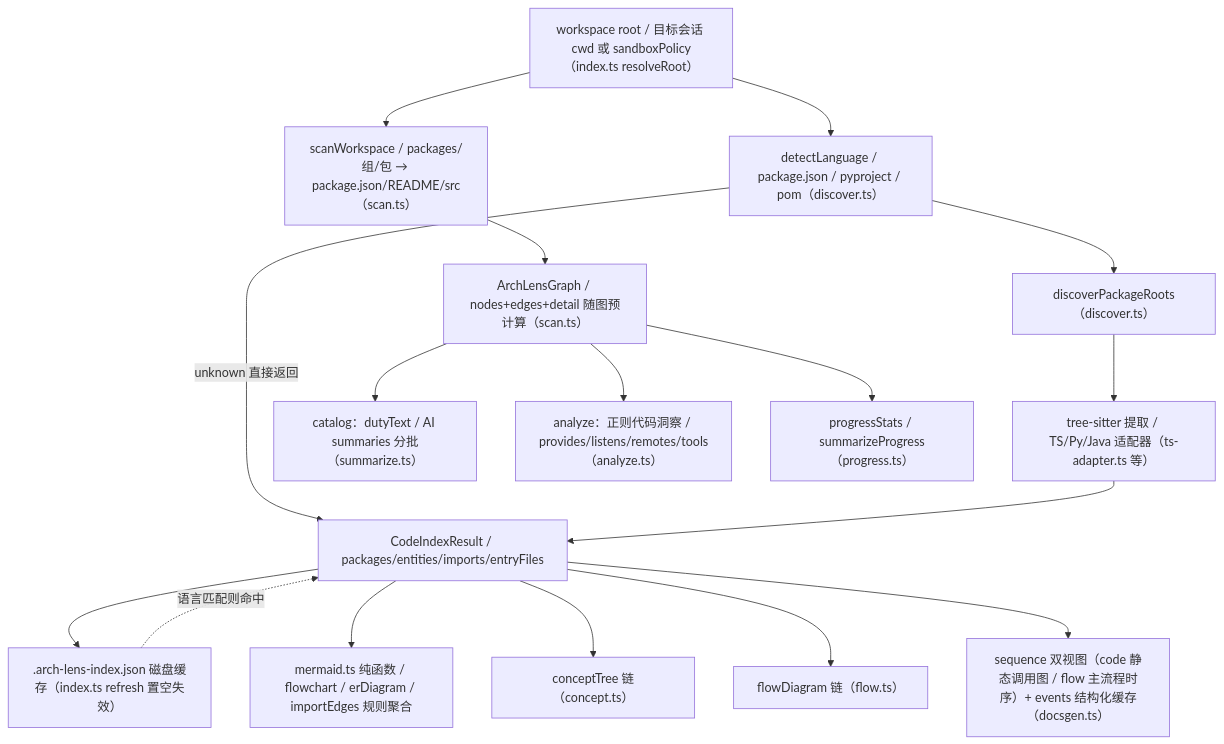
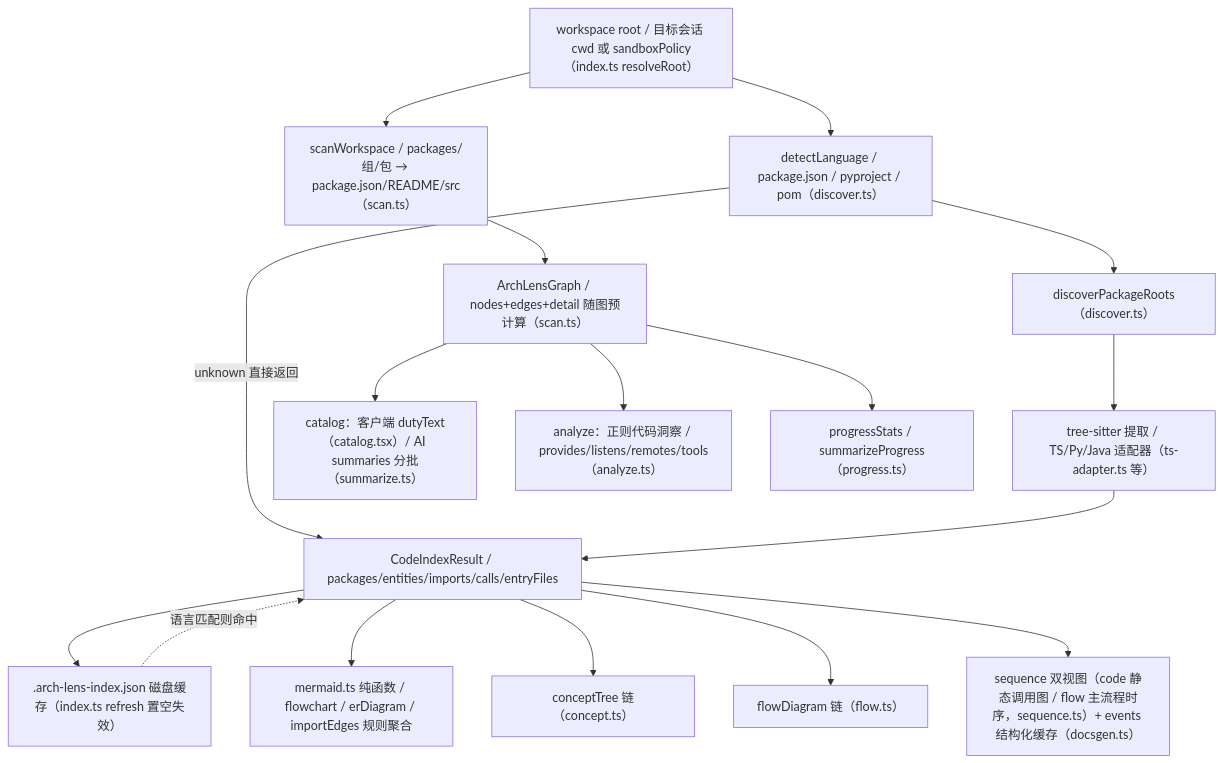
The second of 13 diagrams in docs/arch-lens-diagrams.md (gwj001/arch-lens), drawn with Mermaid before and after one commit. The commit also changed other lines of this file and 113 other files, not shown here.

First line of the commit message:
feat: dual-angle flow, abort button, thinking chain, method-syntax repair, graph disk cache

````diff
--- a/docs/arch-lens-diagrams.md
+++ b/docs/arch-lens-diagrams.md
@@ -49,32 +73,32 @@
 ```mermaid
 flowchart TD
     ROOT["workspace root / 目标会话 cwd 或 sandboxPolicy（index.ts resolveRoot）"]
     SCAN["scanWorkspace / packages/组/包 → package.json/README/src（scan.ts）"]
     GRAPH["ArchLensGraph / nodes+edges+detail 随图预计算（scan.ts）"]
     DETECT["detectLanguage / package.json / pyproject / pom（discover.ts）"]
     PKGS["discoverPackageRoots（discover.ts）"]
     PARSE["tree-sitter 提取 / TS/Py/Java 适配器（ts-adapter.ts 等）"]
-    INDEX["CodeIndexResult / packages/entities/imports/entryFiles"]
+    INDEX["CodeIndexResult / packages/entities/imports/calls/entryFiles"]
     DISKCACHE[".arch-lens-index.json 磁盘缓存（index.ts refresh 置空失效）"]
     MERMAID["mermaid.ts 纯函数 / flowchart / erDiagram / importEdges 规则聚合"]
     CONCEPT["conceptTree 链（concept.ts）"]
     FLOW["flowDiagram 链（flow.ts）"]
-    SEQEVENT["sequence 双视图（code 静态调用图 / flow 主流程时序）+ events 结构化缓存（docsgen.ts）"]
-    CATALOG["catalog：dutyText / AI summaries 分批（summarize.ts）"]
+    SEQEVENT["sequence 双视图（code 静态调用图 / flow 主流程时序，sequence.ts）+ events 结构化缓存（docsgen.ts）"]
+    CATALOG["catalog：客户端 dutyText（catalog.tsx）/ AI summaries 分批（summarize.ts）"]
     INSIGHT["analyze：正则代码洞察 / provides/listens/remotes/tools（analyze.ts）"]
     PROGRESS["progressStats / summarizeProgress（progress.ts）"]
     ROOT --> SCAN
     ROOT --> DETECT
     DETECT -->|"unknown 直接返回"| INDEX
     DETECT --> PKGS --> PARSE --> INDEX
     INDEX --> DISKCACHE
     DISKCACHE -.->|"语言匹配则命中"| INDEX
     SCAN --> GRAPH
     INDEX --> MERMAID
     INDEX --> CONCEPT
     INDEX --> FLOW
     INDEX --> SEQEVENT
     GRAPH --> CATALOG
     GRAPH --> INSIGHT
     GRAPH --> PROGRESS
 ```
````
